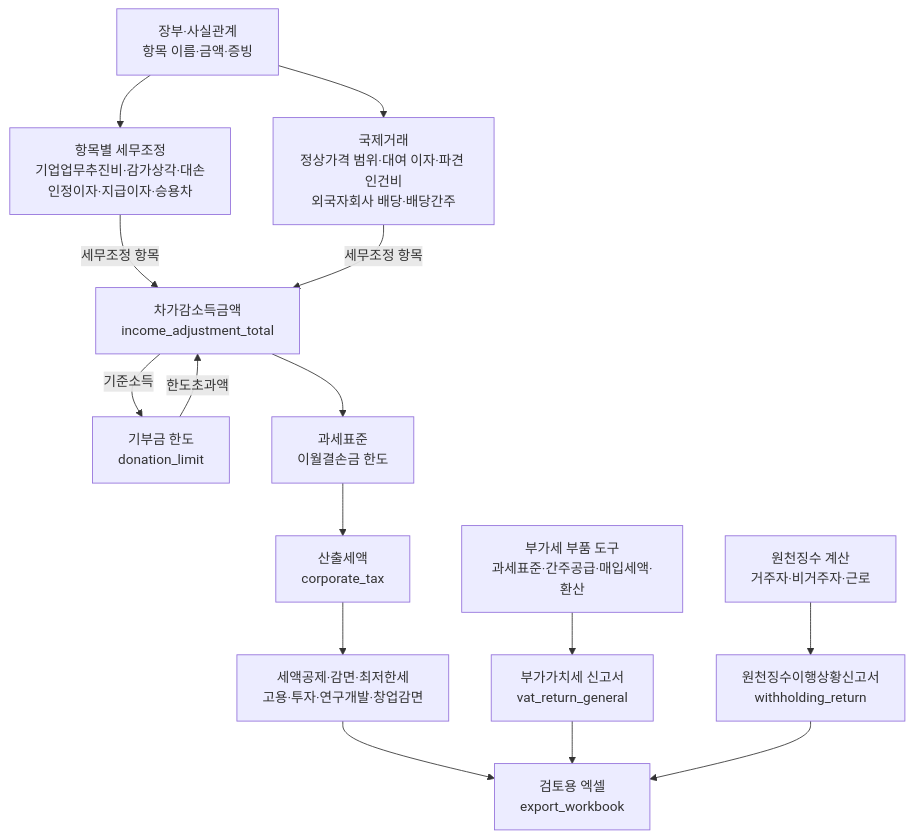
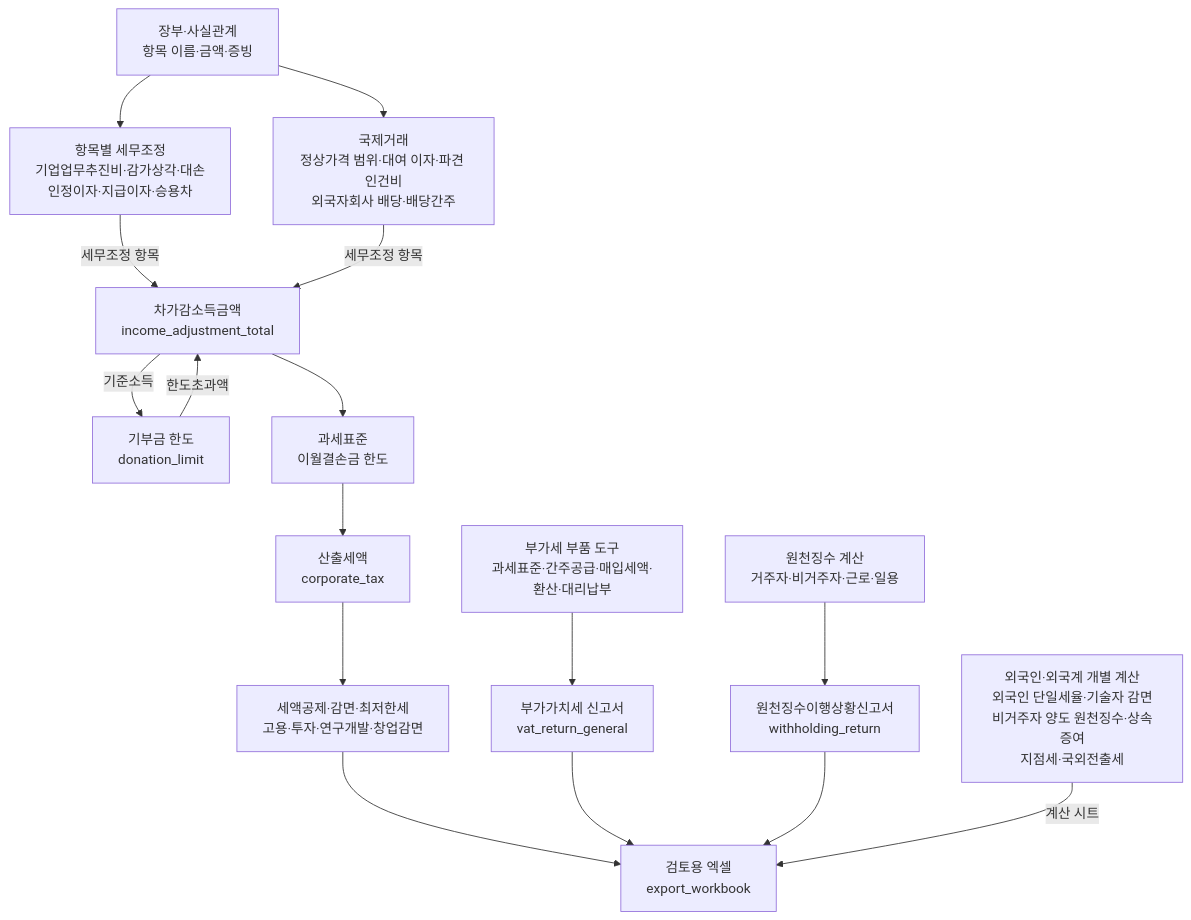
One commit to UpstageAI/korean-tax-calc-mcp changed the second of 3 diagrams in README.md. Above: the diagram before and after it, drawn with Mermaid. The commit also changed other lines of this file and 7 other files, not shown here.

First line of the commit message:
docs: 0.53.1 — README·다이어그램 정리, PyPI 설명 도구 수 정정, project_urls

````diff
--- a/README.md
+++ b/README.md
@@ -48,15 +114,16 @@
 ```mermaid
 flowchart TD
   L["장부·사실관계<br/>항목 이름·금액·증빙"] --> A["항목별 세무조정<br/>기업업무추진비·감가상각·대손<br/>인정이자·지급이자·승용차"]
   L --> I["국제거래<br/>정상가격 범위·대여 이자·파견 인건비<br/>외국자회사 배당·배당간주"]
   A -->|세무조정 항목| T["차가감소득금액<br/>income_adjustment_total"]
   I -->|세무조정 항목| T
   T -->|기준소득| D["기부금 한도<br/>donation_limit"]
   D -->|한도초과액| T
   T --> B["과세표준<br/>이월결손금 한도"]
   B --> C["산출세액<br/>corporate_tax"]
   C --> G["세액공제·감면·최저한세<br/>고용·투자·연구개발·창업감면"]
   G --> X["검토용 엑셀<br/>export_workbook"]
-  V1["부가세 부품 도구<br/>과세표준·간주공급·매입세액·환산"] --> V2["부가가치세 신고서<br/>vat_return_general"] --> X
-  W1["원천징수 계산<br/>거주자·비거주자·근로"] --> W2["원천징수이행상황신고서<br/>withholding_return"] --> X
+  V1["부가세 부품 도구<br/>과세표준·간주공급·매입세액·환산·대리납부"] --> V2["부가가치세 신고서<br/>vat_return_general"] --> X
+  W1["원천징수 계산<br/>거주자·비거주자·근로·일용"] --> W2["원천징수이행상황신고서<br/>withholding_return"] --> X
+  P["외국인·외국계 개별 계산<br/>외국인 단일세율·기술자 감면<br/>비거주자 양도 원천징수·상속증여<br/>지점세·국외전출세"] -->|계산 시트| X
 ```
````
